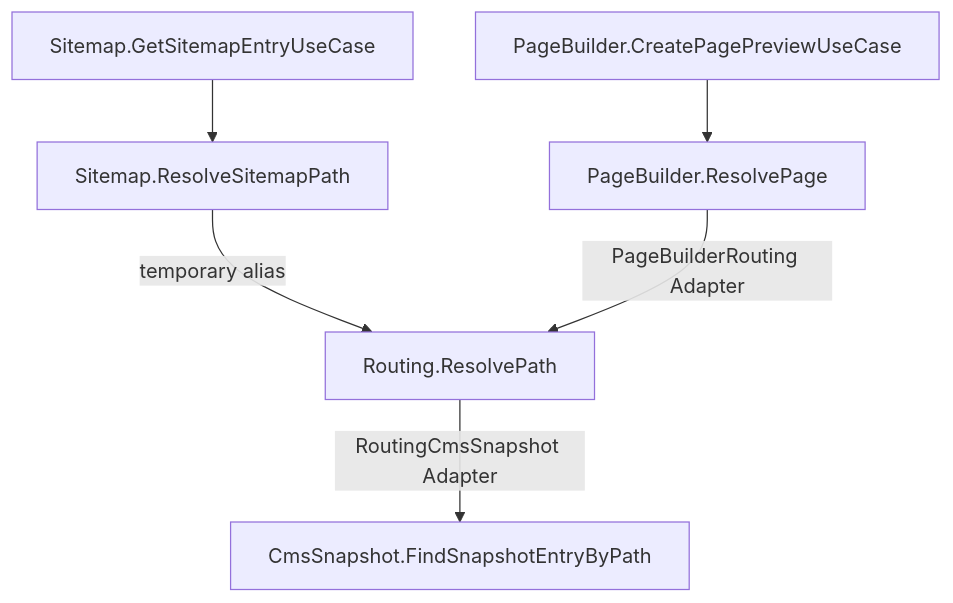
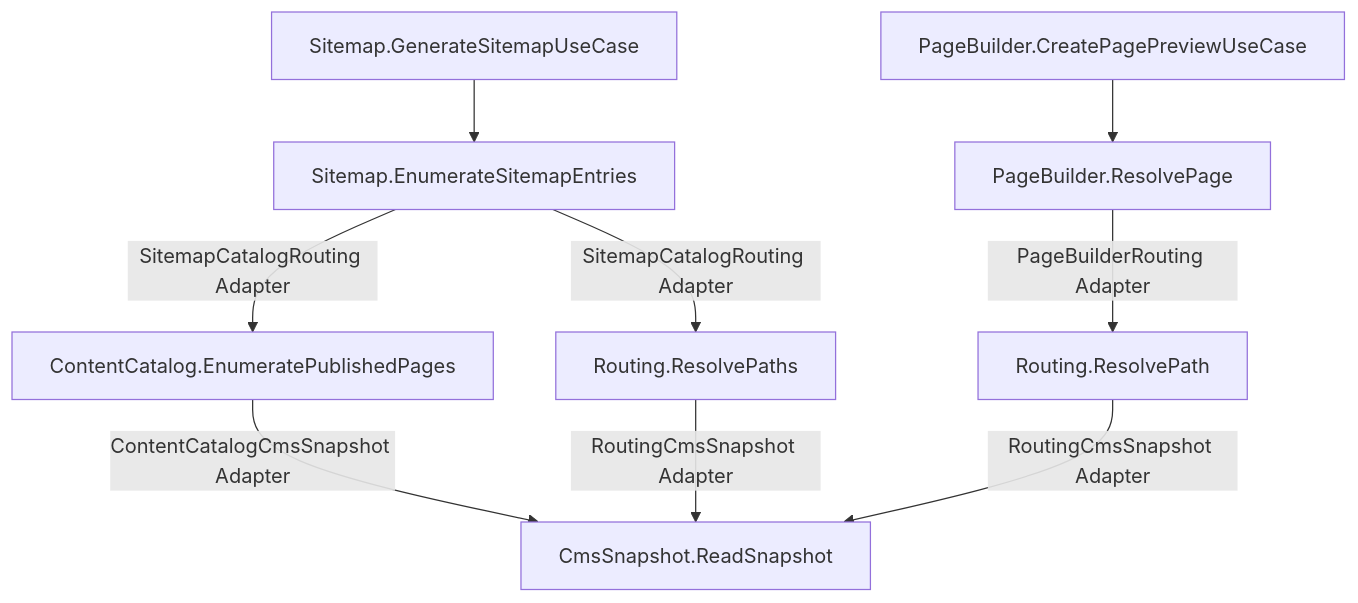
The second of 2 diagrams in apps/xndrjs-documentation/src/content/docs/v0/application-architecture/forma/adapters-and-evolution.md (xndrjs/toolkit), drawn with Mermaid before and after one commit. The commit also changed other lines of this file and 16 other files, not shown here.

````diff
--- a/apps/xndrjs-documentation/src/content/docs/v0/application-architecture/forma/adapters-and-evolution.md
+++ b/apps/xndrjs-documentation/src/content/docs/v0/application-architecture/forma/adapters-and-evolution.md
@@ -198,8 +199,11 @@
 ```mermaid
 flowchart TD
-  SitemapEntry[Sitemap.GetSitemapEntryUseCase] --> SitemapResolve[Sitemap.ResolveSitemapPath]
-  SitemapResolve -->|temporary alias| RoutingResolve[Routing.ResolvePath]
+  SitemapGenerate[Sitemap.GenerateSitemapUseCase] --> SitemapEntries[Sitemap.EnumerateSitemapEntries]
+  SitemapEntries -->|SitemapCatalogRouting Adapter| PublishedPages[ContentCatalog.EnumeratePublishedPages]
+  SitemapEntries -->|SitemapCatalogRouting Adapter| RoutingPaths[Routing.ResolvePaths]
   Preview[PageBuilder.CreatePagePreviewUseCase] --> PageResolve[PageBuilder.ResolvePage]
-  PageResolve -->|PageBuilderRouting Adapter| RoutingResolve
-  RoutingResolve -->|RoutingCmsSnapshot Adapter| Snapshot[CmsSnapshot.FindSnapshotEntryByPath]
+  PageResolve -->|PageBuilderRouting Adapter| RoutingResolve[Routing.ResolvePath]
+  PublishedPages -->|ContentCatalogCmsSnapshot Adapter| Snapshot[CmsSnapshot.ReadSnapshot]
+  RoutingPaths -->|RoutingCmsSnapshot Adapter| Snapshot
+  RoutingResolve -->|RoutingCmsSnapshot Adapter| Snapshot
 ```
````
